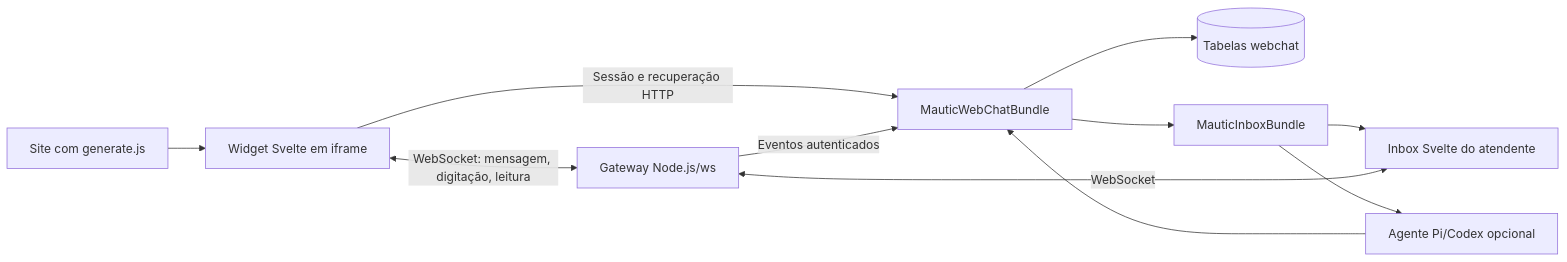
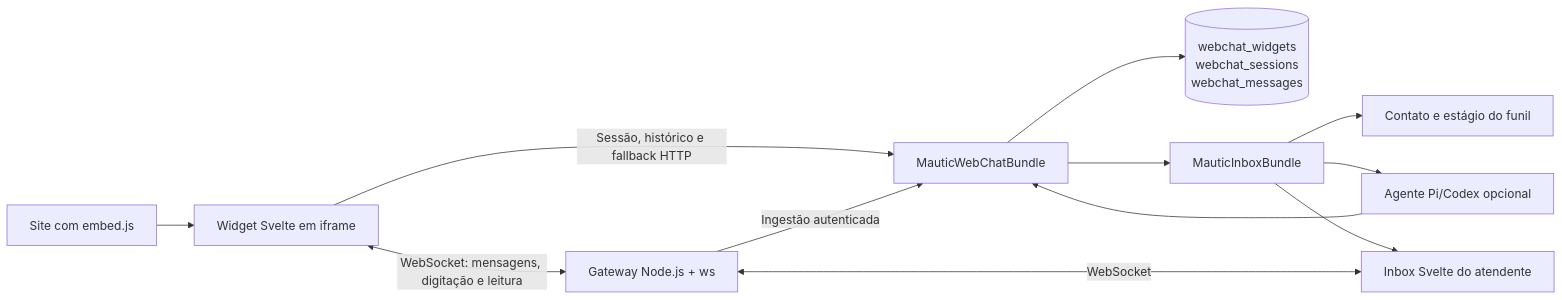
One commit to raphaelcangucu/mautic-webchat-bundle changed the diagram in README.md. Above: the diagram before and after it, drawn with Mermaid. The commit also changed other lines of this file and 25 other files, not shown here.

Commit message:
fix: finalize embeddable web chat release

````diff
--- a/README.md
+++ b/README.md
@@ -23,13 +32,14 @@
 ```mermaid
 flowchart LR
-    Site[Site com generate.js] --> Frame[Widget Svelte em iframe]
-    Frame <-->|WebSocket: mensagem, digitação, leitura| Gateway[Gateway Node.js/ws]
-    Frame -->|Sessão e recuperação HTTP| Plugin[MauticWebChatBundle]
-    Gateway -->|Eventos autenticados| Plugin
-    Plugin --> Store[(Tabelas webchat)]
-    Plugin --> Inbox[MauticInboxBundle]
+    Site[Site com embed.js] --> Frame[Widget Svelte em iframe]
+    Frame <-->|WebSocket: mensagens, digitação e leitura| Gateway[Gateway Node.js + ws]
+    Frame -->|Sessão, histórico e fallback HTTP| WebChat[MauticWebChatBundle]
+    Gateway -->|Ingestão autenticada| WebChat
+    WebChat --> Store[(webchat_widgets\nwebchat_sessions\nwebchat_messages)]
+    WebChat --> Inbox[MauticInboxBundle]
     Inbox --> Operator[Inbox Svelte do atendente]
     Operator <-->|WebSocket| Gateway
     Inbox --> AI[Agente Pi/Codex opcional]
-    AI --> Plugin
+    AI --> WebChat
+    Inbox --> Contact[Contato e estágio do funil]
 ```
````
